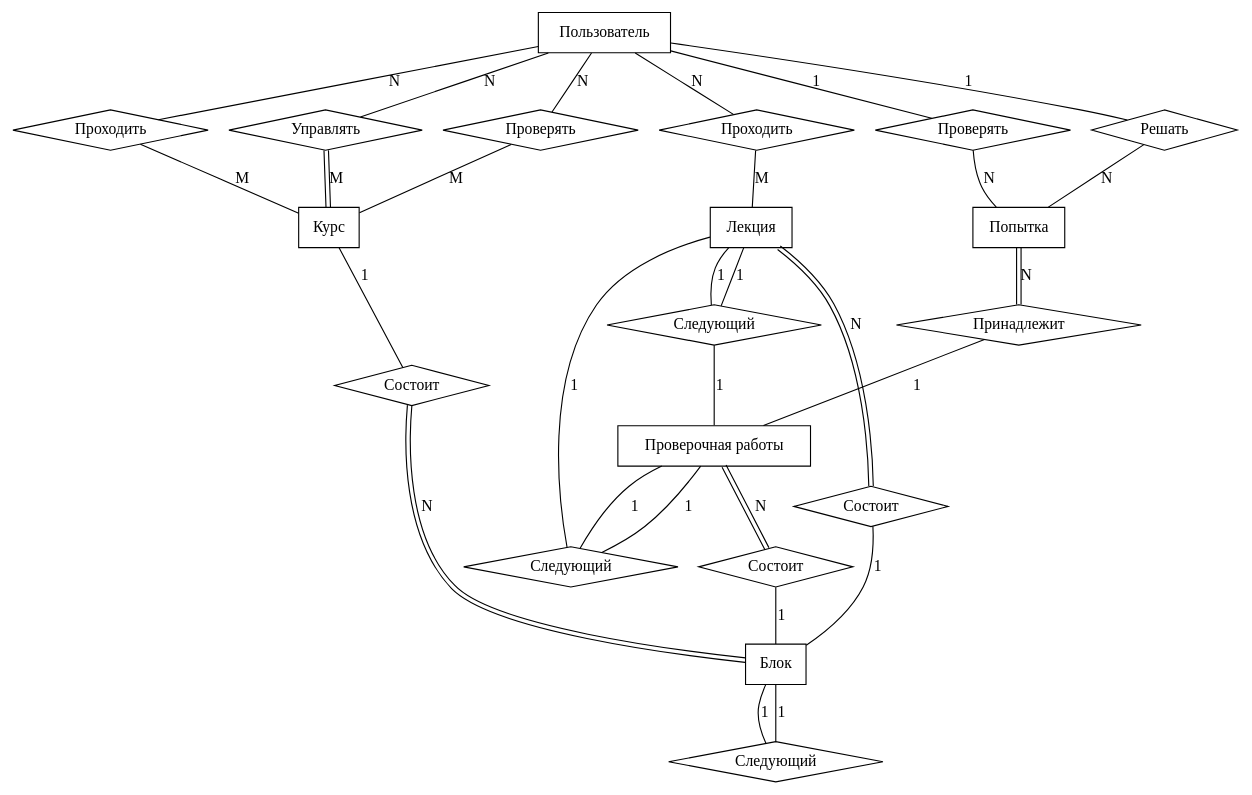
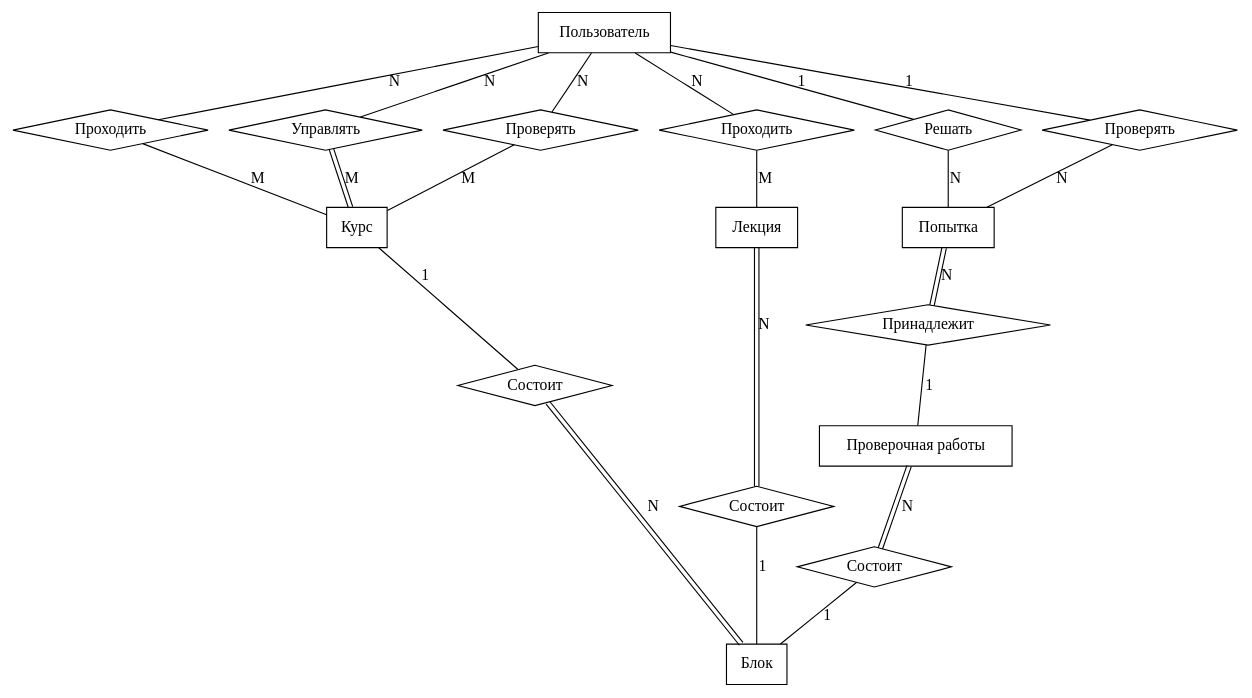
Before and after one commit to AsciiShell/DB_project: the diagram in Text/schemas/ER.dot, drawn with Graphviz. The commit also changed 2 other files, not shown here.

Commit message:
Revert "Update diagrams"
This reverts commit d2e5c057abbf6bd9bb7b599a0f047df0a7917edb.

```diff
--- a/Text/schemas/ER.dot
+++ b/Text/schemas/ER.dot
@@ -1,67 +1,52 @@
 graph ERD {
 
   //graph [ ranksep="0"];
   //rankdir=LR;
 
   User [ label="Пользователь" shape = "box" ];
   Course [ label="Курс" shape = "box" ];
   Block [ label="Блок" shape = "box" ];
   Task [ label="Проверочная работы" shape = "box" ];
   Solution [ label="Попытка" shape = "box" ];
   Lecture [ label="Лекция" shape = "box" ];
 
   UserCourseSolve [ label="Проходить" shape = "diamond" ];
   UserCourseControl [ label="Управлять" shape = "diamond" ];
   UserCourseCheck [ label="Проверять" shape = "diamond" ];
   CourseBlock [ label="Состоит" shape = "diamond" ];
   BlockLecture [ label="Состоит" shape = "diamond" ];
   BlockTask [ label="Состоит" shape = "diamond" ];
-  BlockNext [ label="Следующий" shape = "diamond" ];
   LectureUser [ label="Проходить" shape = "diamond" ];
-  LectureNext [ label="Следующий" shape = "diamond" ];
   TaskSolution [ label="Принадлежит" shape = "diamond" ];
-  TaskNext [ label="Следующий" shape = "diamond" ];
   UserSolutionSolve [ label="Решать" shape = "diamond" ];
   UserSolutionCheck [ label="Проверять" shape = "diamond" ];
   
   //{rank = same; UserCourseSolve; UserCourseControl; UserCourseCheck; LectureUser; UserSolutionSolve; UserSolutionCheck;}
   //{rank = same; Block;Task;}
   //{rank = same; CourseBlock;BlockLecture;BlockTask;}
   
   User -- UserCourseSolve[label = N];
   UserCourseSolve -- Course[label = M]; 
   User -- UserCourseControl[label = N];
   UserCourseControl-- Course[color="black:invis:black" label=M] ; 
   User -- UserCourseCheck[label = N];
   UserCourseCheck -- Course[label = M]; 
   User -- UserSolutionSolve[label = 1];
   UserSolutionSolve -- Solution[label = N];
   User -- UserSolutionCheck[label = 1];
   UserSolutionCheck -- Solution[label = N];
   User -- LectureUser[label = N];
   LectureUser -- Lecture[label = M];
   
   Course -- CourseBlock[label = 1];
   CourseBlock -- Block[color = "black:invis:black" label=N] ; 
   
   BlockLecture -- Block[label = 1];
   BlockTask -- Block[label = 1];
   
   Lecture -- BlockLecture [color = "black:invis:black" label=N] ; 
   Task -- BlockTask[color = "black:invis:black" label=N] ; 
   
   TaskSolution -- Task[label = 1];
   Solution -- TaskSolution[color = "black:invis:black" label=N] ; 
-  
-  // loopback TaskNext
-  Lecture -- LectureNext [label=1] ; 
-  LectureNext -- Lecture [label=1] ; 
-  LectureNext -- Task [label=1] ; 
-  
-  Task -- TaskNext [label=1] ; 
-  TaskNext -- Lecture [label=1] ; 
-  TaskNext -- Task [label=1] ; 
-  
-  Block -- BlockNext [label=1] ; 
-  BlockNext -- Block [label=1] ; 
 }
```
